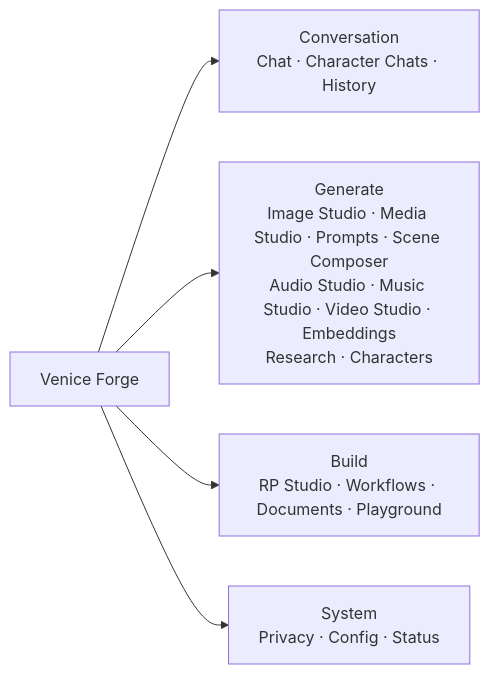
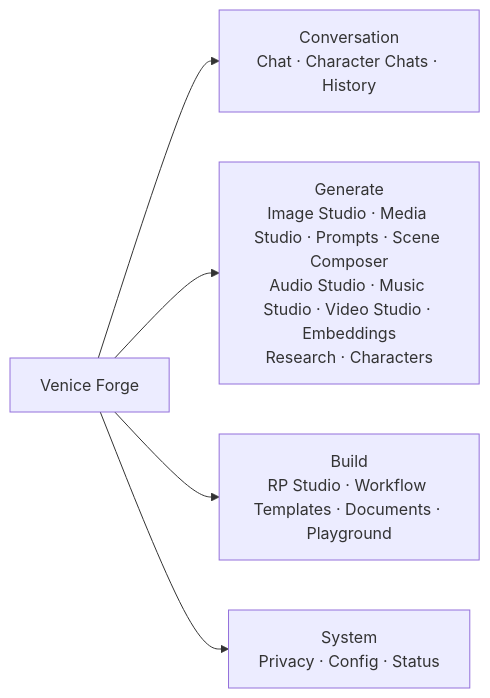
One commit to spearchucker667/Venice_Forge changed the diagram in README.md. Above: the diagram before and after it, drawn with Mermaid. The commit also changed other lines of this file and 2 other files, not shown here.

````diff
--- a/README.md
+++ b/README.md
@@ -79,8 +88,8 @@
 ```mermaid
 flowchart LR
   VF["Venice Forge"]
   VF --> Conversation["Conversation<br/>Chat · Character Chats · History"]
   VF --> Generate["Generate<br/>Image Studio · Media Studio · Prompts · Scene Composer<br/>Audio Studio · Music Studio · Video Studio · Embeddings<br/>Research · Characters"]
-  VF --> Build["Build<br/>RP Studio · Workflows · Documents · Playground"]
+  VF --> Build["Build<br/>RP Studio · Workflow Templates · Documents · Playground"]
   VF --> System["System<br/>Privacy · Config · Status"]
 ```
````
